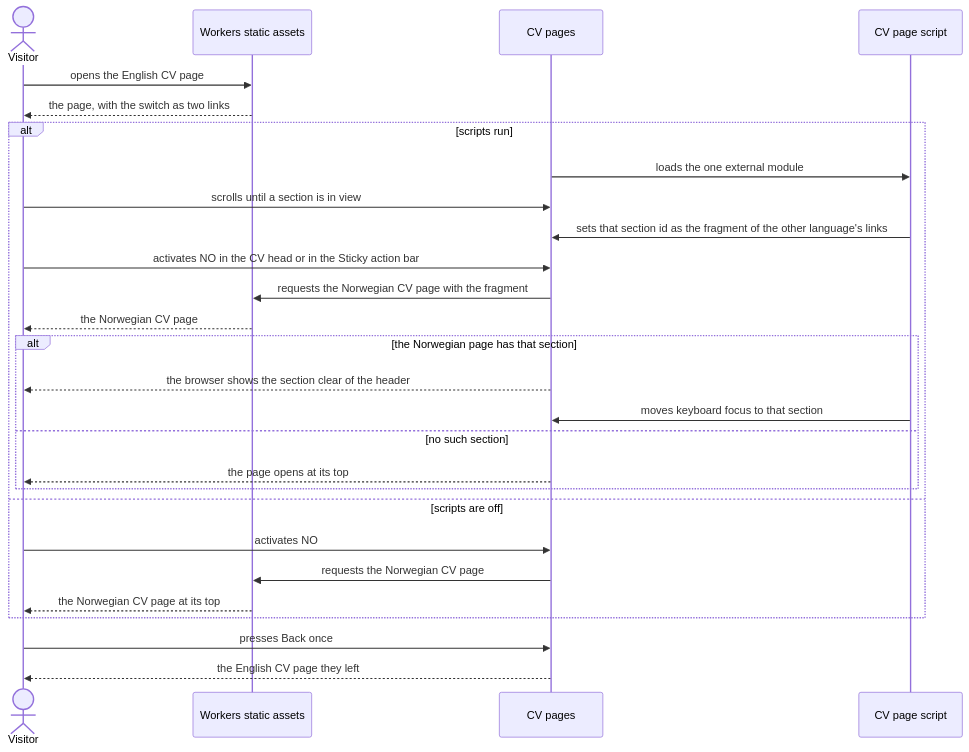
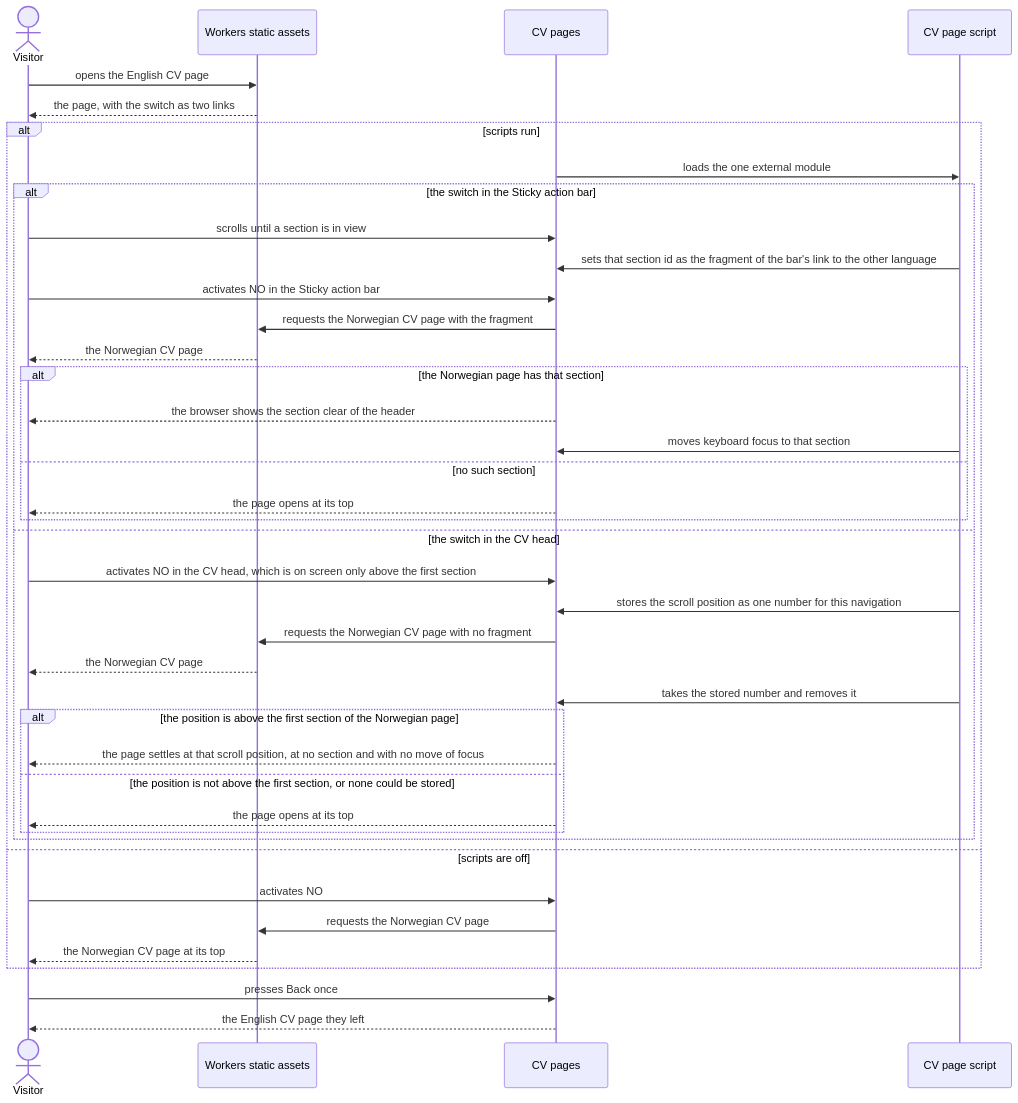
One commit to Ponomaleks/alpon.dev changed the third of 11 diagrams in docs/features/cv/sad.md. Above: the diagram before and after it, drawn with Mermaid. The commit also changed other lines of this file and 3 other files, not shown here.

First line of the commit message:
docs(cv): Bring ux-flows and the sad sequences in step with AC-08

````diff
--- a/docs/features/cv/sad.md
+++ b/docs/features/cv/sad.md
@@ -241,30 +242,43 @@
 ```mermaid
 sequenceDiagram
     actor Visitor
     participant Edge as Workers static assets
     participant Page as CV pages
     participant Script as CV page script
 
     Visitor->>Edge: opens the English CV page
     Edge-->>Visitor: the page, with the switch as two links
     alt scripts run
         Page->>Script: loads the one external module
-        Visitor->>Page: scrolls until a section is in view
-        Script->>Page: sets that section id as the fragment of the other language's links
-        Visitor->>Page: activates NO in the CV head or in the Sticky action bar
-        Page->>Edge: requests the Norwegian CV page with the fragment
-        Edge-->>Visitor: the Norwegian CV page
-        alt the Norwegian page has that section
-            Page-->>Visitor: the browser shows the section clear of the header
-            Script->>Page: moves keyboard focus to that section
-        else no such section
-            Page-->>Visitor: the page opens at its top
+        alt the switch in the Sticky action bar
+            Visitor->>Page: scrolls until a section is in view
+            Script->>Page: sets that section id as the fragment of the bar's link to the other language
+            Visitor->>Page: activates NO in the Sticky action bar
+            Page->>Edge: requests the Norwegian CV page with the fragment
+            Edge-->>Visitor: the Norwegian CV page
+            alt the Norwegian page has that section
+                Page-->>Visitor: the browser shows the section clear of the header
+                Script->>Page: moves keyboard focus to that section
+            else no such section
+                Page-->>Visitor: the page opens at its top
+            end
+        else the switch in the CV head
+            Visitor->>Page: activates NO in the CV head, which is on screen only above the first section
+            Script->>Page: stores the scroll position as one number for this navigation
+            Page->>Edge: requests the Norwegian CV page with no fragment
+            Edge-->>Visitor: the Norwegian CV page
+            Script->>Page: takes the stored number and removes it
+            alt the position is above the first section of the Norwegian page
+                Page-->>Visitor: the page settles at that scroll position, at no section and with no move of focus
+            else the position is not above the first section, or none could be stored
+                Page-->>Visitor: the page opens at its top
+            end
         end
     else scripts are off
         Visitor->>Page: activates NO
         Page->>Edge: requests the Norwegian CV page
         Edge-->>Visitor: the Norwegian CV page at its top
     end
     Visitor->>Page: presses Back once
     Page-->>Visitor: the English CV page they left
 ```
````
